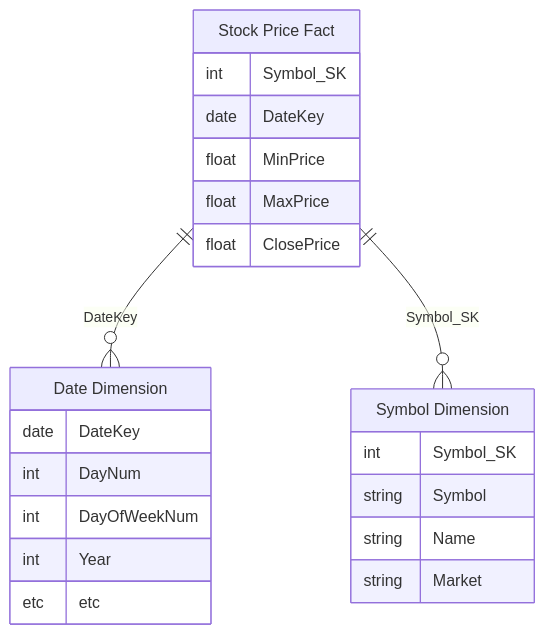
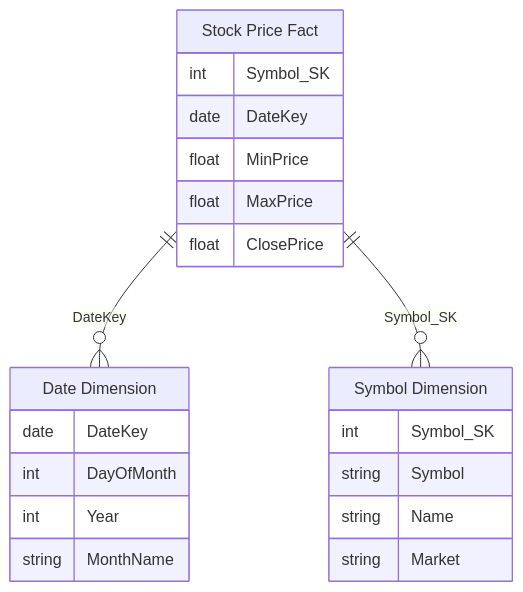
Before and after one commit to microsoft/fabricrealtimelab: the diagram in modules/module05a.md, drawn with Mermaid. The commit also changed other lines of this file and 3 other files, not shown here.

````diff
--- a/modules/module05a.md
+++ b/modules/module05a.md
@@ -27,25 +35,24 @@
 ```mermaid
 erDiagram
     "Stock Price Fact"||--o{ "Date Dimension":DateKey
     "Stock Price Fact" {
         int Symbol_SK
         date DateKey
         float MinPrice
         float MaxPrice
         float ClosePrice
     }
     "Date Dimension" {
         date DateKey
-        int DayNum
-        int DayOfWeekNum
+        int DayOfMonth
         int Year
-        etc etc
+        string MonthName
     }
     "Stock Price Fact" ||--o{ "Symbol Dimension":Symbol_SK
     "Symbol Dimension" {
         int Symbol_SK
         string Symbol
         string Name
         string Market
     }
 ```
````
